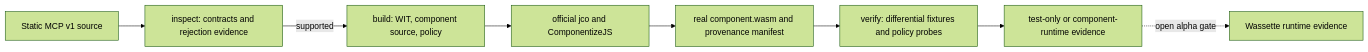
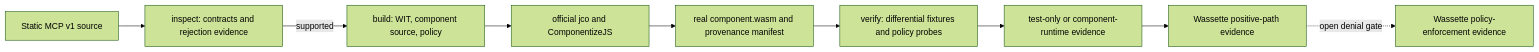
One commit to aantenore/witshift changed the diagram in README.md. Above: the diagram before and after it, drawn with Mermaid (forest theme). The commit also changed other lines of this file and 11 other files, not shown here.

````diff
--- a/README.md
+++ b/README.md
@@ -64,10 +66,11 @@
 ```mermaid
 flowchart LR
   A["Static MCP v1 source"] --> B["inspect: contracts and rejection evidence"]
   B -->|supported| C["build: WIT, component source, policy"]
   C --> D["official jco and ComponentizeJS"]
   D --> E["real component.wasm and provenance manifest"]
   E --> F["verify: differential fixtures and policy probes"]
   F --> G["test-only or component-runtime evidence"]
-  G -. open alpha gate .-> H["Wassette runtime evidence"]
+  G --> H["Wassette positive-path evidence"]
+  H -. open denial gate .-> I["Wassette policy-enforcement evidence"]
 ```
````
